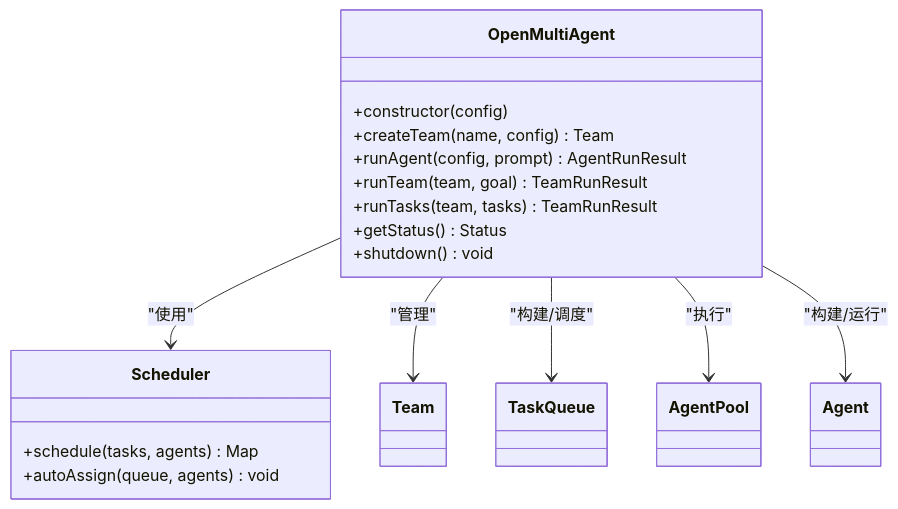
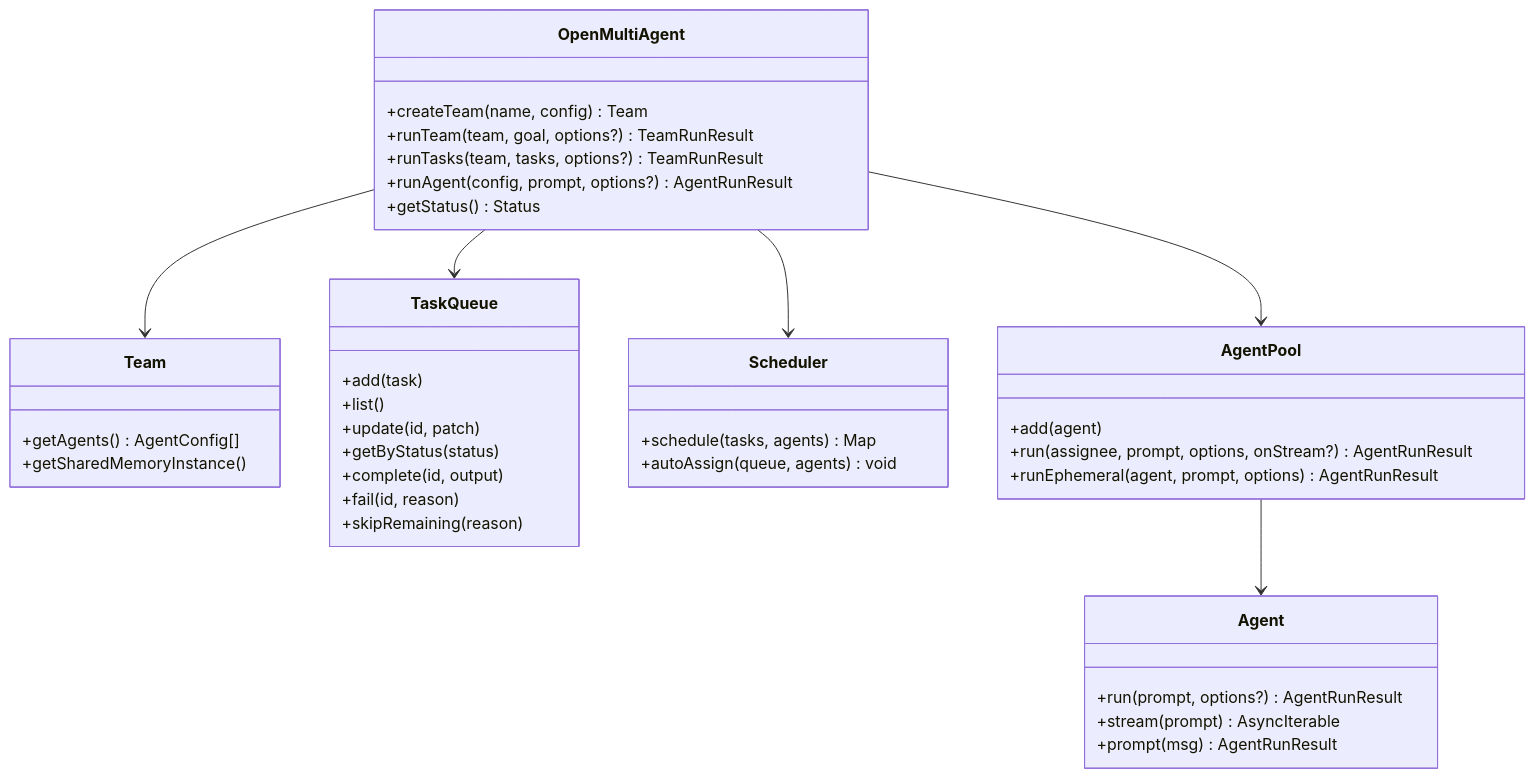
One commit to haolange/open-multi-agent changed the fourth of 4 diagrams in .qoder/repowiki/zh/content/API 参考/编排器 API.md. Above: the diagram before and after it, drawn with Mermaid. The commit also changed other lines of this file and 100 other files, not shown here.

````diff
--- a/.qoder/repowiki/zh/content/API 参考/编排器 API.md
+++ b/.qoder/repowiki/zh/content/API 参考/编排器 API.md
@@ -326,25 +316,42 @@
 ```mermaid
 classDiagram
 class OpenMultiAgent {
-+constructor(config)
 +createTeam(name, config) Team
-+runAgent(config, prompt) AgentRunResult
-+runTeam(team, goal) TeamRunResult
-+runTasks(team, tasks) TeamRunResult
++runTeam(team, goal, options?) TeamRunResult
++runTasks(team, tasks, options?) TeamRunResult
++runAgent(config, prompt, options?) AgentRunResult
 +getStatus() Status
-+shutdown() void
+}
+class Team {
++getAgents() AgentConfig[]
++getSharedMemoryInstance()
+}
+class TaskQueue {
++add(task)
++list()
++update(id, patch)
++getByStatus(status)
++complete(id, output)
++fail(id, reason)
++skipRemaining(reason)
 }
 class Scheduler {
 +schedule(tasks, agents) Map
 +autoAssign(queue, agents) void
 }
-class Team
-class TaskQueue
-class AgentPool
-class Agent
-OpenMultiAgent --> Scheduler : "使用"
-OpenMultiAgent --> Team : "管理"
-OpenMultiAgent --> TaskQueue : "构建/调度"
-OpenMultiAgent --> AgentPool : "执行"
-OpenMultiAgent --> Agent : "构建/运行"
+class AgentPool {
++add(agent)
++run(assignee, prompt, options, onStream?) AgentRunResult
++runEphemeral(agent, prompt, options) AgentRunResult
+}
+class Agent {
++run(prompt, options?) AgentRunResult
++stream(prompt) AsyncIterable
++prompt(msg) AgentRunResult
+}
+OpenMultiAgent --> Team
+OpenMultiAgent --> TaskQueue
+OpenMultiAgent --> Scheduler
+OpenMultiAgent --> AgentPool
+AgentPool --> Agent
 ```
````
